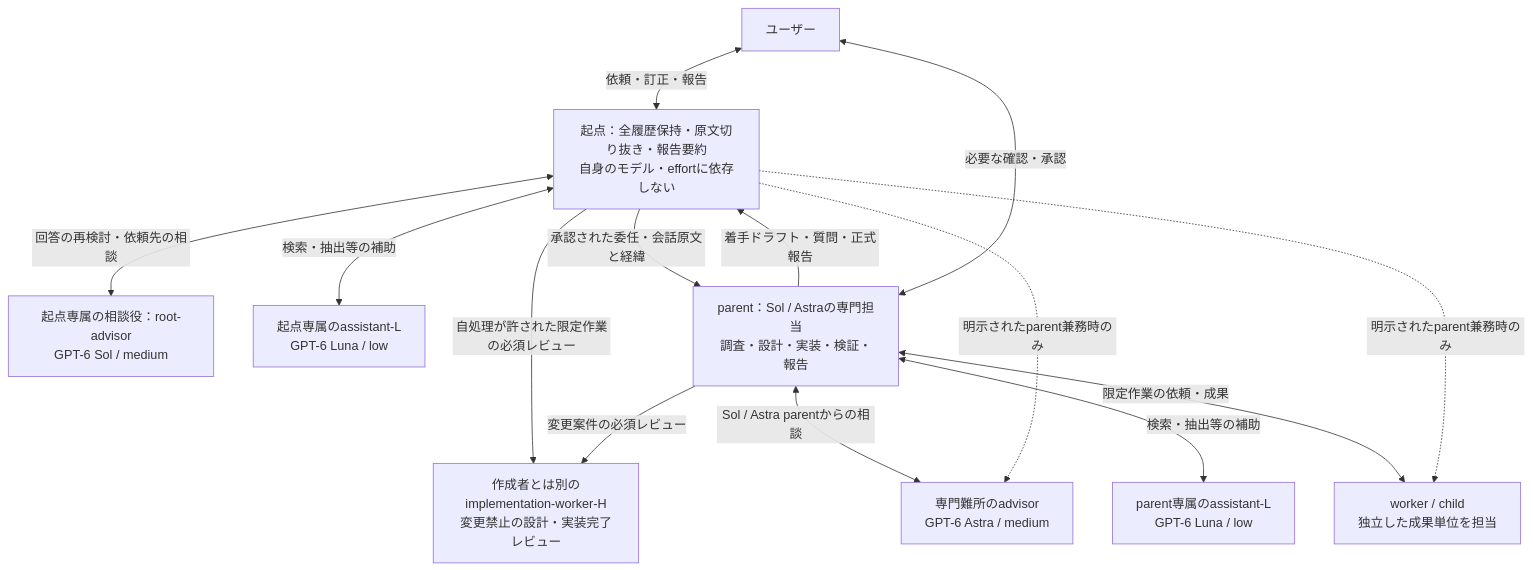
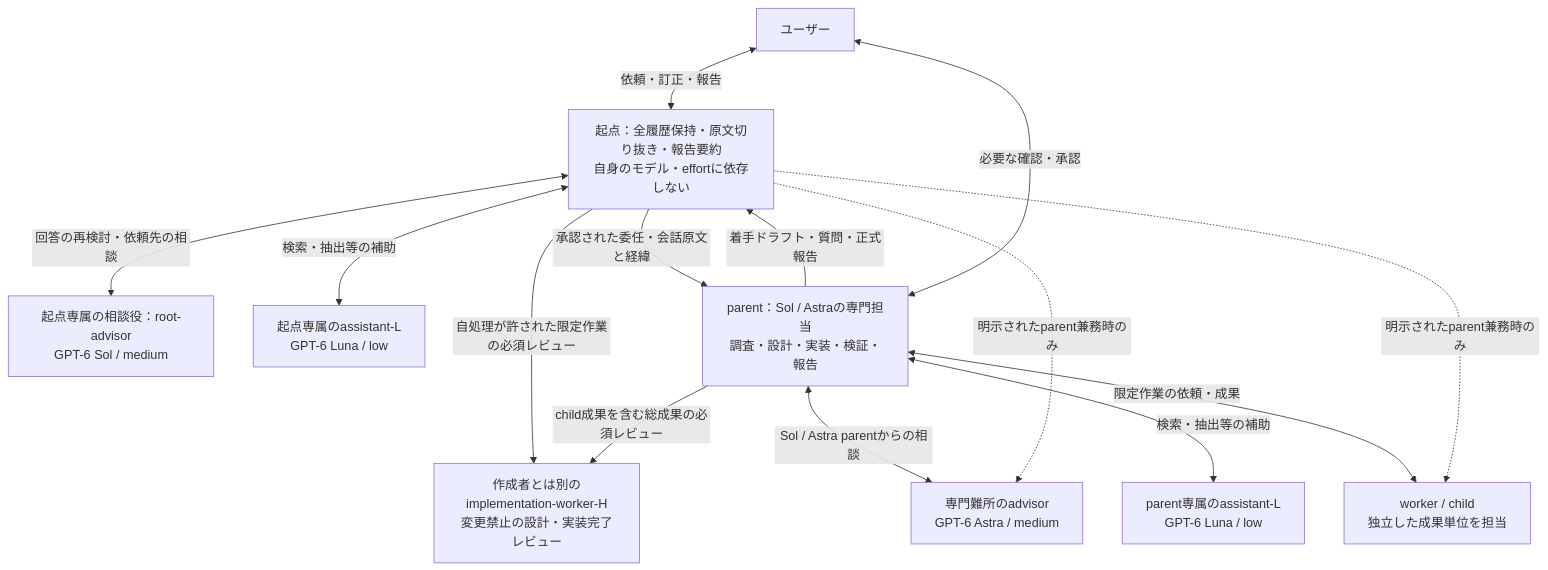
The first of 2 diagrams in docs/codex-subagents.md (unagi/dotfiles), drawn with Mermaid before and after one commit. The commit also changed other lines of this file and 5 other files, not shown here.

````diff
--- a/docs/codex-subagents.md
+++ b/docs/codex-subagents.md
@@ -15,25 +15,25 @@
 ```mermaid
 flowchart TB
     U["ユーザー"]
     R["起点：全履歴保持・原文切り抜き・報告要約<br/>自身のモデル・effortに依存しない"]
     RA["起点専属の相談役：root-advisor<br/>GPT-6 Sol / medium"]
     A0["起点専属のassistant-L<br/>GPT-6 Luna / low"]
     P["parent：Sol / Astraの専門担当<br/>調査・設計・実装・検証・報告"]
     A1["parent専属のassistant-L<br/>GPT-6 Luna / low"]
     W["worker / child<br/>独立した成果単位を担当"]
     AD["専門難所のadvisor<br/>GPT-6 Astra / medium"]
     RV["作成者とは別のimplementation-worker-H<br/>変更禁止の設計・実装完了レビュー"]
     U <-->|"依頼・訂正・報告"| R
     R <-->|"回答の再検討・依頼先の相談"| RA
     R <-->|"検索・抽出等の補助"| A0
     R -->|"承認された委任・会話原文と経緯"| P
     P -->|"着手ドラフト・質問・正式報告"| R
     P <-->|"必要な確認・承認"| U
     P <-->|"検索・抽出等の補助"| A1
     P <-->|"限定作業の依頼・成果"| W
     P <-->|"Sol / Astra parentからの相談"| AD
     R -.->|"明示されたparent兼務時のみ"| W
     R -.->|"明示されたparent兼務時のみ"| AD
     R -->|"自処理が許された限定作業の必須レビュー"| RV
-    P -->|"変更案件の必須レビュー"| RV
+    P -->|"child成果を含む総成果の必須レビュー"| RV
 ```
````
